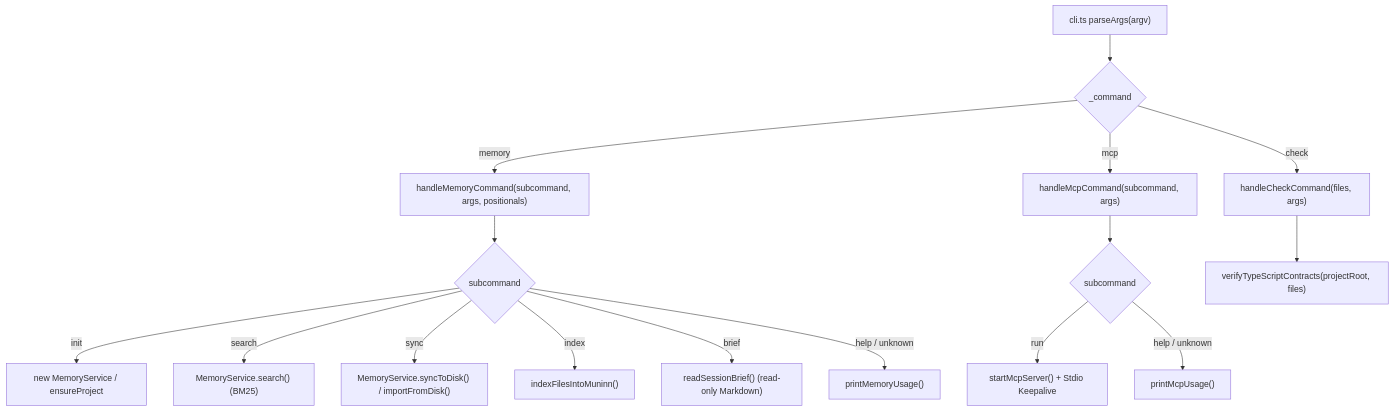
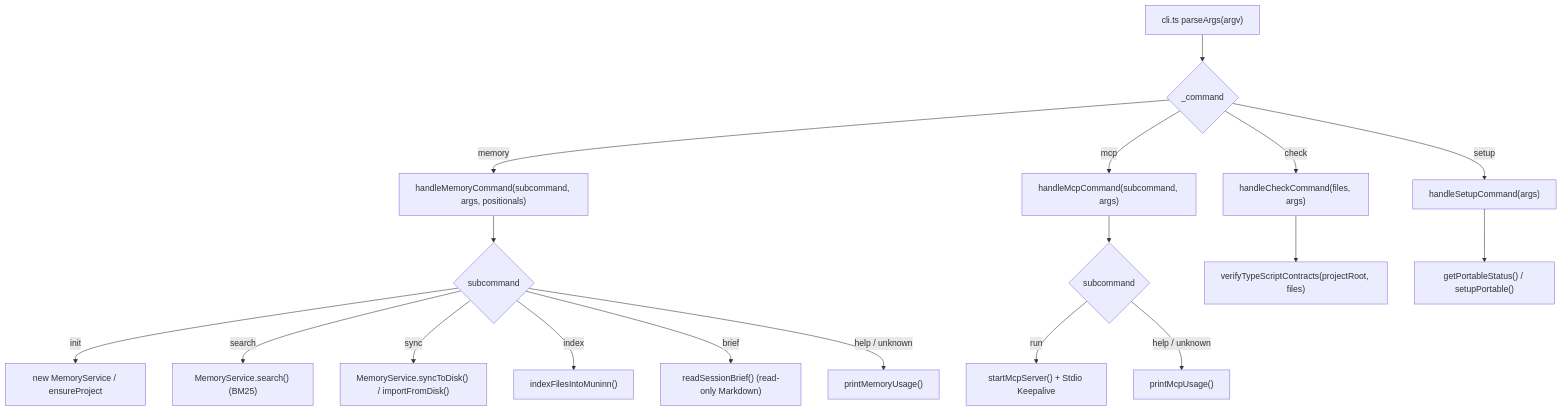
One commit to dahch/muninn changed the seventh of 11 diagrams in DESIGN.md. Above: the diagram before and after it, drawn with Mermaid. The commit also changed other lines of this file and 11 other files, not shown here.

````diff
--- a/DESIGN.md
+++ b/DESIGN.md
@@ -621,21 +621,24 @@
 ```mermaid
 flowchart TD
     CLI["cli.ts parseArgs(argv)"] --> DISPATCH{"_command"}
     DISPATCH -- "memory" --> MEM["handleMemoryCommand(subcommand, args, positionals)"]
     DISPATCH -- "mcp" --> MCP["handleMcpCommand(subcommand, args)"]
     DISPATCH -- "check" --> CHK["handleCheckCommand(files, args)"]
+    DISPATCH -- "setup" --> SETUP["handleSetupCommand(args)"]
 
     MEM --> SUBCMD{"subcommand"}
     SUBCMD -- "init" --> INIT["new MemoryService / ensureProject"]
     SUBCMD -- "search" --> SRCH["MemoryService.search() (BM25)"]
     SUBCMD -- "sync" --> SYNC["MemoryService.syncToDisk() / importFromDisk()"]
     SUBCMD -- "index" --> IDX["indexFilesIntoMuninn()"]
     SUBCMD -- "brief" --> BRIEF["readSessionBrief() (read-only Markdown)"]
     SUBCMD -- "help / unknown" --> USAGE["printMemoryUsage()"]
 
     MCP --> MCPSUBCMD{"subcommand"}
     MCPSUBCMD -- "run" --> RUN["startMcpServer() + Stdio Keepalive"]
     MCPSUBCMD -- "help / unknown" --> MCPUSAGE["printMcpUsage()"]
 
     CHK --> CHKRUN["verifyTypeScriptContracts(projectRoot, files)"]
+
+    SETUP --> SETUPPORTABLE["getPortableStatus() / setupPortable()"]
 ```
````
